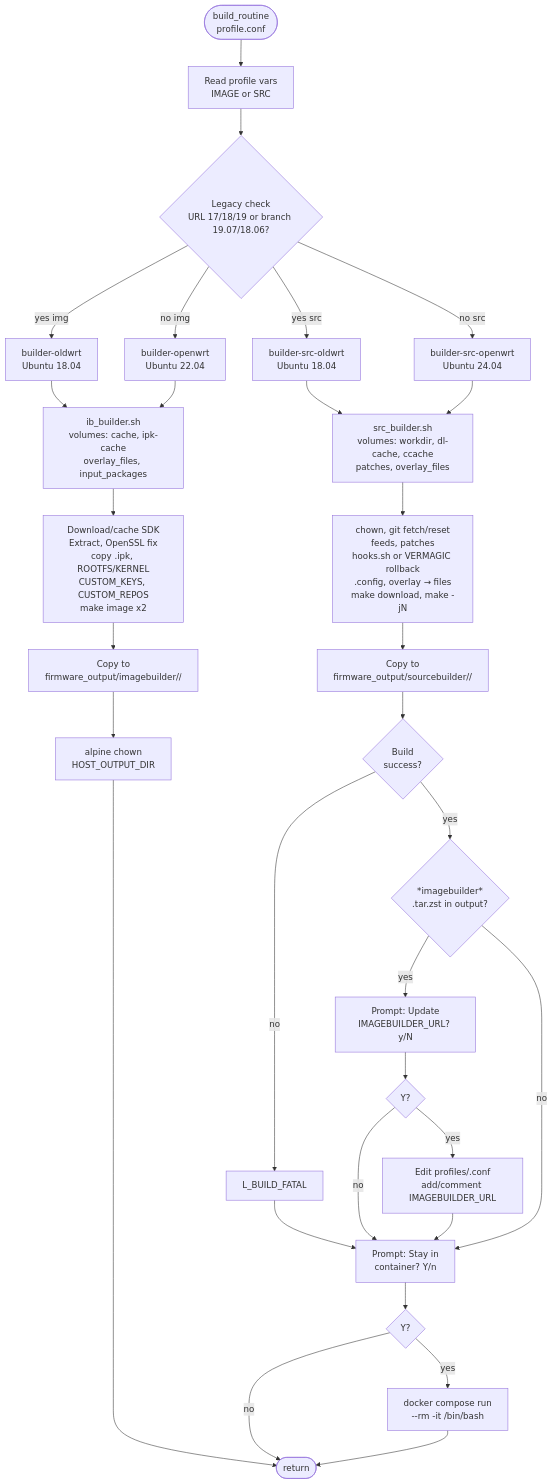
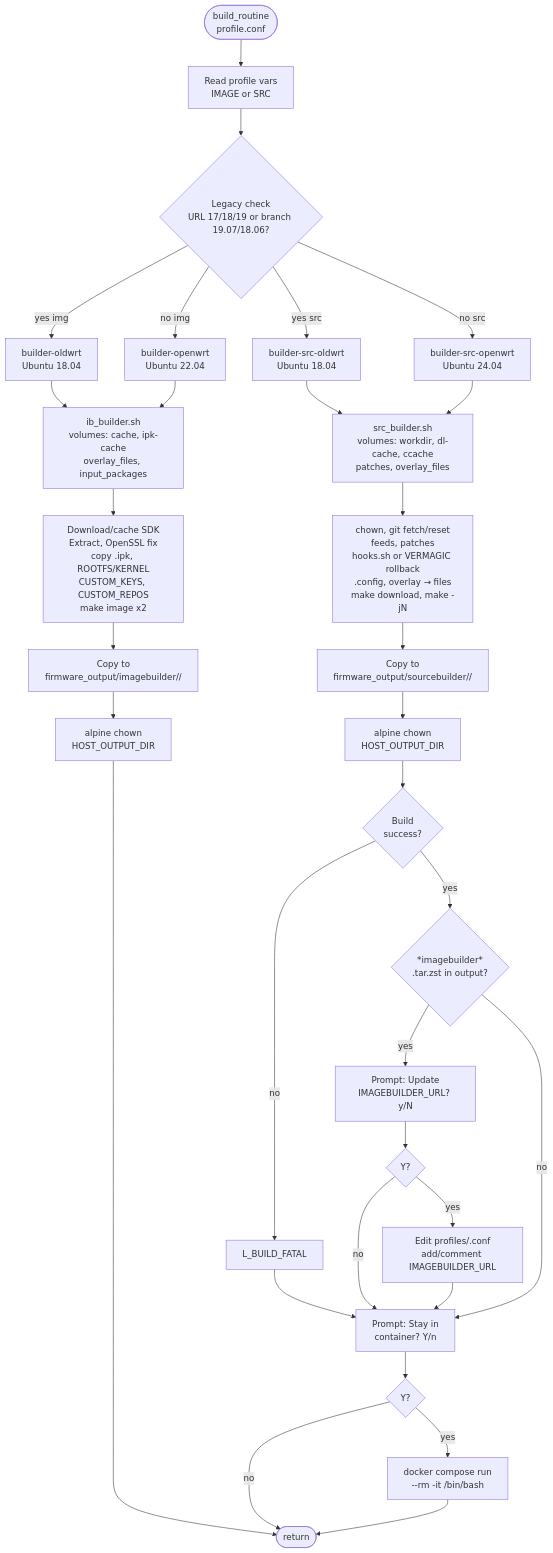
The third of 10 diagrams in docs/ARCHITECTURE_diagram.md (iqubik/routerFW), drawn with Mermaid before and after one commit. The commit also changed other lines of this file and 3 other files, not shown here.

Commit message:
diagram fix

````diff
--- a/docs/ARCHITECTURE_diagram.md
+++ b/docs/ARCHITECTURE_diagram.md
@@ -91,34 +93,35 @@
 ```mermaid
 flowchart TD
     BR([build_routine\nprofile.conf])
     BR --> READ_PROFILE[Read profile vars\nIMAGE or SRC]
     READ_PROFILE --> LEGACY{Legacy check\nURL 17/18/19 or branch 19.07/18.06?}
     LEGACY --> |yes img| OLD_IMG[builder-oldwrt\nUbuntu 18.04]
     LEGACY --> |no img| NEW_IMG[builder-openwrt\nUbuntu 22.04]
     LEGACY --> |yes src| OLD_SRC[builder-src-oldwrt\nUbuntu 18.04]
     LEGACY --> |no src| NEW_SRC[builder-src-openwrt\nUbuntu 24.04]
 
     OLD_IMG & NEW_IMG --> IB[ib_builder.sh\nvolumes: cache, ipk-cache\noverlay_files, input_packages]
     IB --> IB_STEPS[Download/cache SDK\nExtract, OpenSSL fix\ncopy .ipk, ROOTFS/KERNEL\nCUSTOM_KEYS, CUSTOM_REPOS\nmake image x2]
     IB_STEPS --> IB_OUT[Copy to\nfirmware_output/imagebuilder/<id>/<ts>]
     IB_OUT --> IB_CHOWN[alpine chown\nHOST_OUTPUT_DIR]
     IB_CHOWN --> BR_END([return])
 
     OLD_SRC & NEW_SRC --> SB[src_builder.sh\nvolumes: workdir, dl-cache, ccache\npatches, overlay_files]
     SB --> SB_STEPS[chown, git fetch/reset\nfeeds, patches\nhooks.sh or VERMAGIC rollback\n.config, overlay → files\nmake download, make -jN]
     SB_STEPS --> SB_OUT[Copy to\nfirmware_output/sourcebuilder/<id>/<ts>]
-    SB_OUT --> SB_OK{Build\nsuccess?}
+    SB_OUT --> SB_CHOWN[alpine chown\nHOST_OUTPUT_DIR]
+    SB_CHOWN --> SB_OK{Build\nsuccess?}
     SB_OK --> |no| SB_FATAL[L_BUILD_FATAL]
     SB_FATAL --> SB_SHELL_Q2
     SB_OK --> |yes| IB_TAR{*imagebuilder*\n.tar.zst in output?}
     IB_TAR --> |yes| SB_Q1[Prompt: Update\nIMAGEBUILDER_URL? y/N]
     SB_Q1 --> SB_UPDATE{Y?}
     SB_UPDATE --> |yes| SB_WRITE[Edit profiles/<id>.conf\nadd/comment IMAGEBUILDER_URL]
     SB_UPDATE --> |no| SB_SHELL_Q2
     SB_WRITE --> SB_SHELL_Q2[Prompt: Stay in\ncontainer? Y/n]
     IB_TAR --> |no| SB_SHELL_Q2
     SB_SHELL_Q2 --> SB_STAY{Y?}
     SB_STAY --> |yes| SB_RUN[docker compose run\n--rm -it /bin/bash]
     SB_STAY --> |no| BR_END
     SB_RUN --> BR_END
 ```
````
